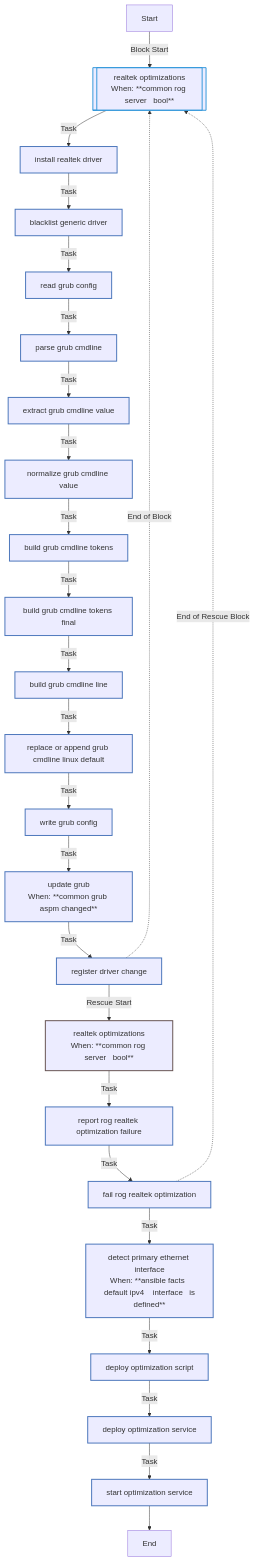
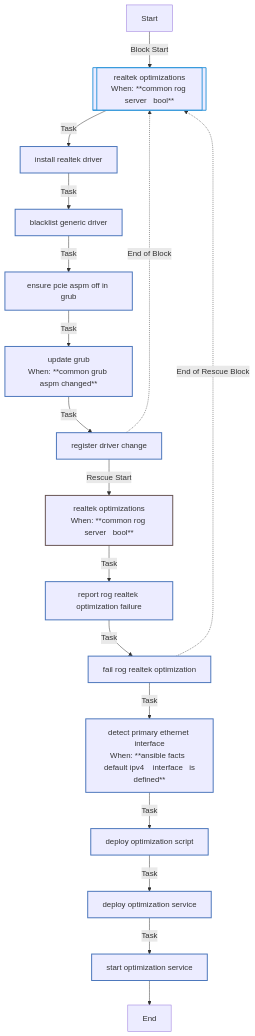
One commit to rou-cru/k3s-homelab changed the sixth of 9 diagrams in roles/common/README.md. Above: the diagram before and after it, drawn with Mermaid. The commit also changed other lines of this file and 2 other files, not shown here.

````diff
--- a/roles/common/README.md
+++ b/roles/common/README.md
@@ -542,37 +536,29 @@
 ```mermaid
 flowchart TD
 Start
 classDef block stroke:#3498db,stroke-width:2px;
 classDef task stroke:#4b76bb,stroke-width:2px;
 classDef includeTasks stroke:#16a085,stroke-width:2px;
 classDef importTasks stroke:#34495e,stroke-width:2px;
 classDef includeRole stroke:#2980b9,stroke-width:2px;
 classDef importRole stroke:#699ba7,stroke-width:2px;
 classDef includeVars stroke:#8e44ad,stroke-width:2px;
 classDef rescue stroke:#665352,stroke-width:2px;
 
   Start-->|Block Start| Realtek_optimizations0_block_start_0[[realtek optimizations<br>When: **common rog server   bool**]]:::block
   Realtek_optimizations0_block_start_0-->|Task| Install_Realtek_driver0[install realtek driver]:::task
   Install_Realtek_driver0-->|Task| Blacklist_generic_driver1[blacklist generic driver]:::task
-  Blacklist_generic_driver1-->|Task| Read_GRUB_config2[read grub config]:::task
-  Read_GRUB_config2-->|Task| Parse_GRUB_cmdline3[parse grub cmdline]:::task
-  Parse_GRUB_cmdline3-->|Task| Extract_GRUB_cmdline_value4[extract grub cmdline value]:::task
-  Extract_GRUB_cmdline_value4-->|Task| Normalize_GRUB_cmdline_value5[normalize grub cmdline value]:::task
-  Normalize_GRUB_cmdline_value5-->|Task| Build_GRUB_cmdline_tokens6[build grub cmdline tokens]:::task
-  Build_GRUB_cmdline_tokens6-->|Task| Build_GRUB_cmdline_tokens_final7[build grub cmdline tokens final]:::task
-  Build_GRUB_cmdline_tokens_final7-->|Task| Build_GRUB_cmdline_line8[build grub cmdline line]:::task
-  Build_GRUB_cmdline_line8-->|Task| Replace_or_append_GRUB_CMDLINE_LINUX_DEFAULT9[replace or append grub cmdline linux default]:::task
-  Replace_or_append_GRUB_CMDLINE_LINUX_DEFAULT9-->|Task| Write_GRUB_config10[write grub config]:::task
-  Write_GRUB_config10-->|Task| Update_GRUB11[update grub<br>When: **common grub aspm changed**]:::task
-  Update_GRUB11-->|Task| Register_driver_change12[register driver change]:::task
-  Register_driver_change12-.->|End of Block| Realtek_optimizations0_block_start_0
-  Register_driver_change12-->|Rescue Start| Realtek_optimizations0_rescue_start_0[realtek optimizations<br>When: **common rog server   bool**]:::rescue
+  Blacklist_generic_driver1-->|Task| Ensure_pcie_aspm_off_in_GRUB2[ensure pcie aspm off in grub]:::task
+  Ensure_pcie_aspm_off_in_GRUB2-->|Task| Update_GRUB3[update grub<br>When: **common grub aspm changed**]:::task
+  Update_GRUB3-->|Task| Register_driver_change4[register driver change]:::task
+  Register_driver_change4-.->|End of Block| Realtek_optimizations0_block_start_0
+  Register_driver_change4-->|Rescue Start| Realtek_optimizations0_rescue_start_0[realtek optimizations<br>When: **common rog server   bool**]:::rescue
   Realtek_optimizations0_rescue_start_0-->|Task| Report_RoG_Realtek_optimization_failure0[report rog realtek optimization failure]:::task
   Report_RoG_Realtek_optimization_failure0-->|Task| Fail_RoG_Realtek_optimization1[fail rog realtek optimization]:::task
   Fail_RoG_Realtek_optimization1-.->|End of Rescue Block| Realtek_optimizations0_block_start_0
   Fail_RoG_Realtek_optimization1-->|Task| Detect_primary_ethernet_interface1[detect primary ethernet interface<br>When: **ansible facts  default ipv4    interface   is<br>defined**]:::task
   Detect_primary_ethernet_interface1-->|Task| Deploy_optimization_script2[deploy optimization script]:::task
   Deploy_optimization_script2-->|Task| Deploy_optimization_service3[deploy optimization service]:::task
   Deploy_optimization_service3-->|Task| Start_optimization_service4[start optimization service]:::task
   Start_optimization_service4-->End
 ```
````
